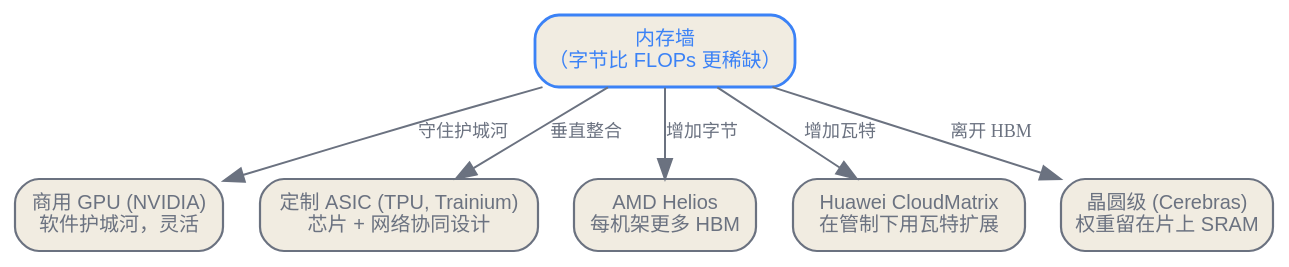
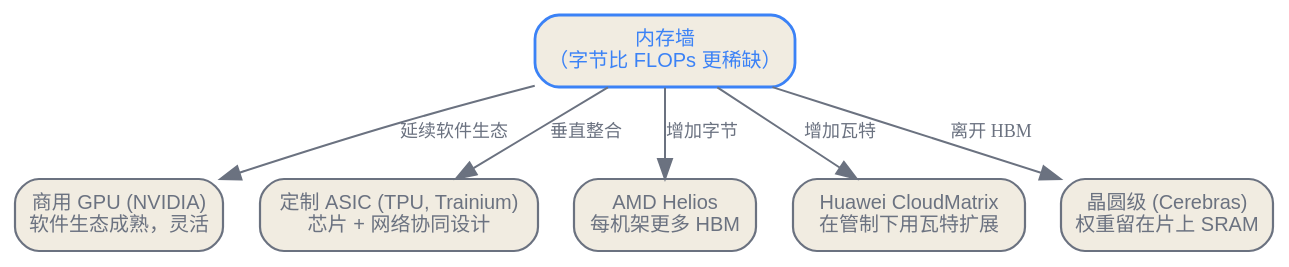
The third of 4 diagrams in zh/infrastructure/03-the-compute-frontier.qmd (latere-ai/ai-as-an-infrastructure), drawn with Graphviz before and after one commit. The commit also changed other lines of this file and 9 other files, not shown here.

````diff
--- a/zh/infrastructure/03-the-compute-frontier.qmd
+++ b/zh/infrastructure/03-the-compute-frontier.qmd
@@ -84,23 +84,23 @@
 ```{dot}
 //| label: fig-compute-frontier-accelerator-field
 //| fig-cap: "加速器路线按各家针对带宽墙优化的对象区分，而不是按峰值 FLOPs 排座次。商用 GPU 与定制 ASIC 从相反的整合策略争夺同一负载；AMD 与 Huawei 用字节和瓦特回应墙；晶圆级则靠从不离开裸片来回应。"
 digraph accelerator_field {
   rankdir=TB;
   bgcolor="transparent";
   node [shape=box, style="rounded,filled", fontname="Helvetica", fontsize=10, color="#6b7280", fontcolor="#6b7280", fillcolor="#f1ece1", penwidth=1.1];
   edge [color="#6b7280", fontcolor="#6b7280", fontsize=9];
 
   wall [label="内存墙\n（字节比 FLOPs 更稀缺）", color="#3b82f6", fontcolor="#3b82f6", penwidth=1.4];
-  gpu  [label="商用 GPU (NVIDIA)\n软件护城河，灵活"];
+  gpu  [label="商用 GPU (NVIDIA)\n软件生态成熟，灵活"];
   asic [label="定制 ASIC (TPU, Trainium)\n芯片 + 网络协同设计"];
   mem  [label="AMD Helios\n每机架更多 HBM"];
   hw   [label="Huawei CloudMatrix\n在管制下用瓦特扩展"];
   saf  [label="晶圆级 (Cerebras)\n权重留在片上 SRAM"];
 
-  wall -> gpu [label="守住护城河"];
+  wall -> gpu [label="延续软件生态"];
   wall -> asic [label="垂直整合"];
   wall -> mem [label="增加字节"];
   wall -> hw [label="增加瓦特"];
   wall -> saf [label="离开 HBM"];
 }
 ```
````
